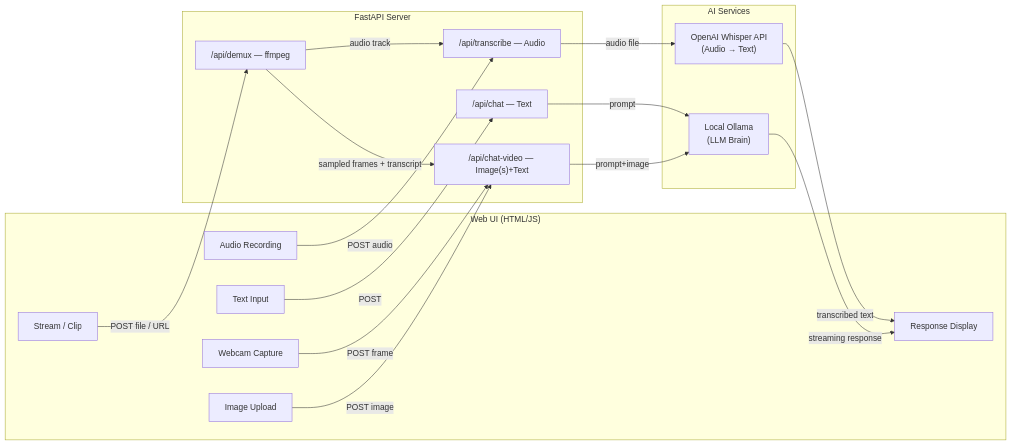
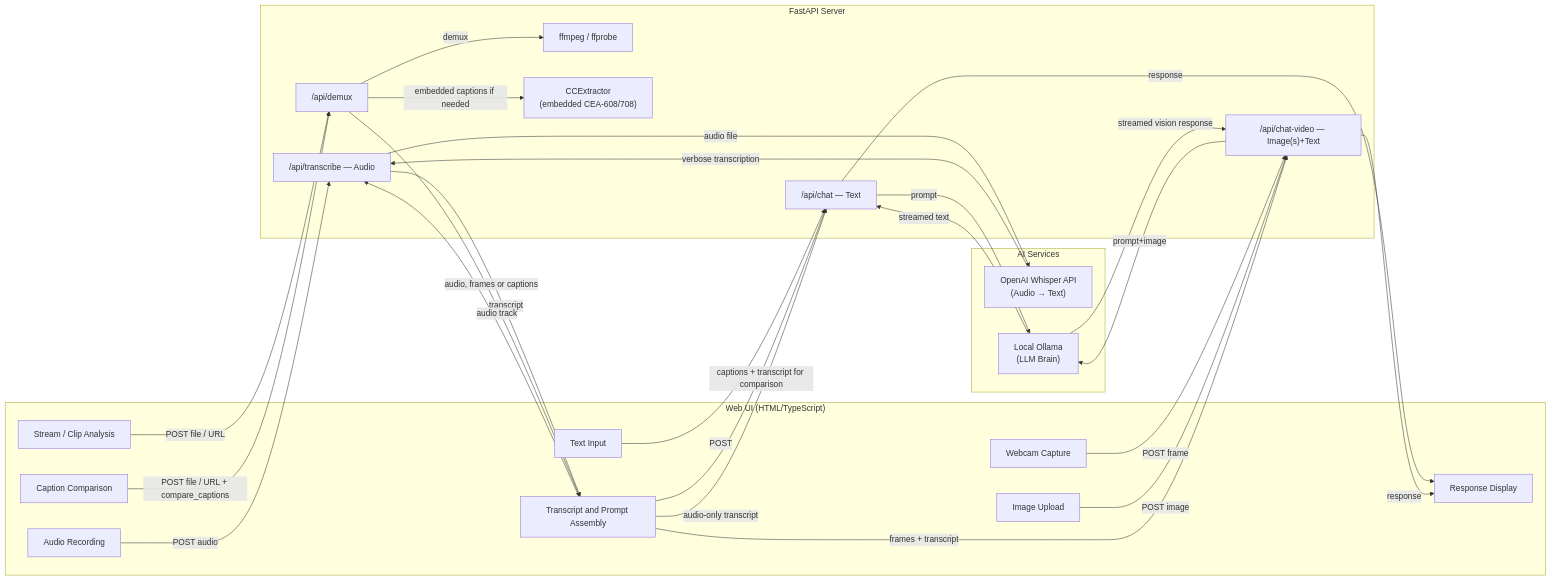
Before and after one commit to prettyls/personalHelper: the diagram in README.md, drawn with Mermaid. The commit also changed other lines of this file and 5 other files, not shown here.

Commit message:
add audio and cc comparison

````diff
--- a/README.md
+++ b/README.md
@@ -7,33 +7,47 @@
 ```mermaid
 graph LR
-    subgraph Frontend["Web UI (HTML/JS)"]
+    subgraph Frontend["Web UI (HTML/TypeScript)"]
         A[Text Input]
         B[Audio Recording]
         C[Webcam Capture]
         D[Image Upload]
-        K[Stream / Clip]
+        K[Stream / Clip Analysis]
+        P[Caption Comparison]
+        Q[Transcript and Prompt Assembly]
         E[Response Display]
     end
     subgraph Backend["FastAPI Server"]
         F["/api/chat — Text"]
         G["/api/transcribe — Audio"]
         H["/api/chat-video — Image(s)+Text"]
-        L["/api/demux — ffmpeg"]
+        L["/api/demux"]
+        M["ffmpeg / ffprobe"]
+        N["CCExtractor\n(embedded CEA-608/708)"]
     end
     subgraph External["AI Services"]
         I["OpenAI Whisper API\n(Audio → Text)"]
         J["Local Ollama\n(LLM Brain)"]
     end
     A -->|POST| F
     B -->|POST audio| G
     G -->|audio file| I
-    I -->|transcribed text| E
+    I -->|verbose transcription| G
+    G -->|transcript| Q
     C -->|POST frame| H
     D -->|POST image| H
     K -->|POST file / URL| L
-    L -->|audio track| G
-    L -->|sampled frames + transcript| H
+    P -->|POST file / URL + compare_captions| L
+    L -->|demux| M
+    L -->|embedded captions if needed| N
+    L -->|audio, frames or captions| Q
+    Q -->|audio track| G
+    Q -->|frames + transcript| H
+    Q -->|captions + transcript for comparison| F
+    Q -->|audio-only transcript| F
     F -->|prompt| J
     H -->|prompt+image| J
-    J -->|streaming response| E
+    J -->|streamed text| F
+    J -->|streamed vision response| H
+    F -->|response| E
+    H -->|response| E
 ```
````
